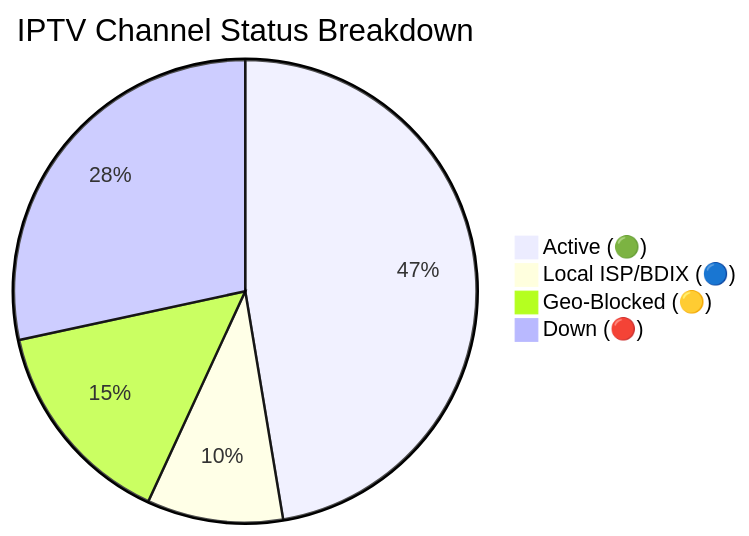
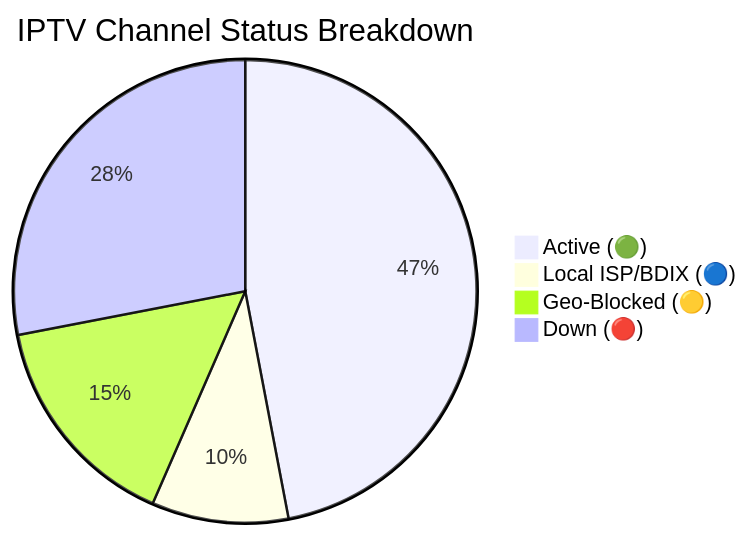
The diagram in README.md (f6388600-ai/Web), drawn with Mermaid before and after one commit. The commit also changed other lines of this file and 6 other files, not shown here.

````diff
--- a/README.md
+++ b/README.md
@@ -149,7 +149,7 @@
 ```mermaid
 pie title IPTV Channel Status Breakdown
-    "Active (🟢)" : 8107
-    "Local ISP/BDIX (🔵)" : 1626
-    "Geo-Blocked (🟡)" : 2522
-    "Down (🔴)" : 4856
+    "Active (🟢)" : 8050
+    "Local ISP/BDIX (🔵)" : 1635
+    "Geo-Blocked (🟡)" : 2642
+    "Down (🔴)" : 4801
 ```
````
